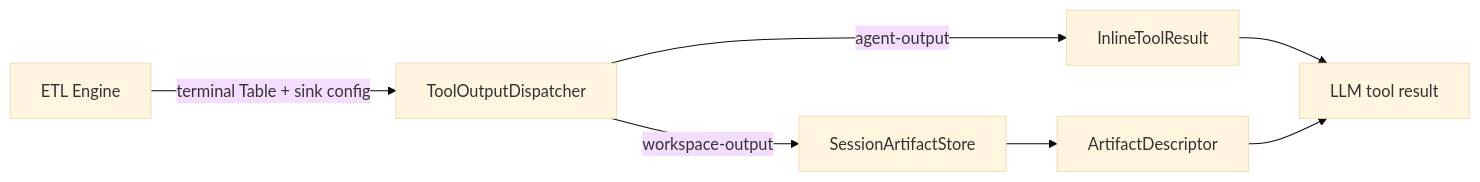
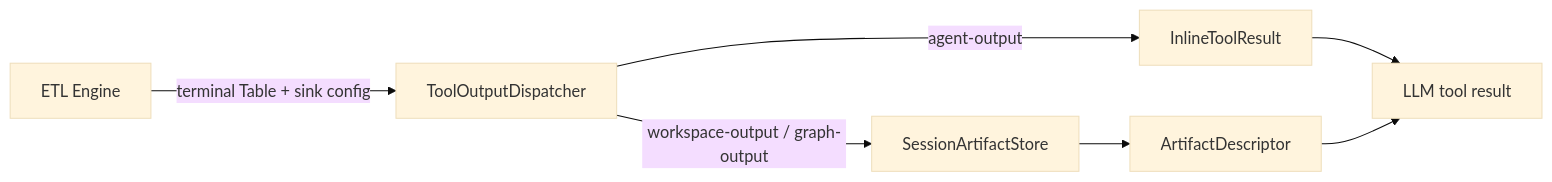
One commit to yy7613/agentblume changed the diagram in docs/adr/0027-tool-output-and-session-workspace.md. Above: the diagram before and after it, drawn with Mermaid (base theme). The commit also changed other lines of this file and 49 other files, not shown here.

````diff
--- a/docs/adr/0027-tool-output-and-session-workspace.md
+++ b/docs/adr/0027-tool-output-and-session-workspace.md
@@ -106,9 +120,9 @@
 ```mermaid
 flowchart LR
   G[ETL Engine] -->|terminal Table + sink config| D[ToolOutputDispatcher]
   D -->|agent-output| I[InlineToolResult]
-  D -->|workspace-output| S[SessionArtifactStore]
+  D -->|workspace-output / graph-output| S[SessionArtifactStore]
   S --> R[ArtifactDescriptor]
   I --> L[LLM tool result]
   R --> L
 ```
````
